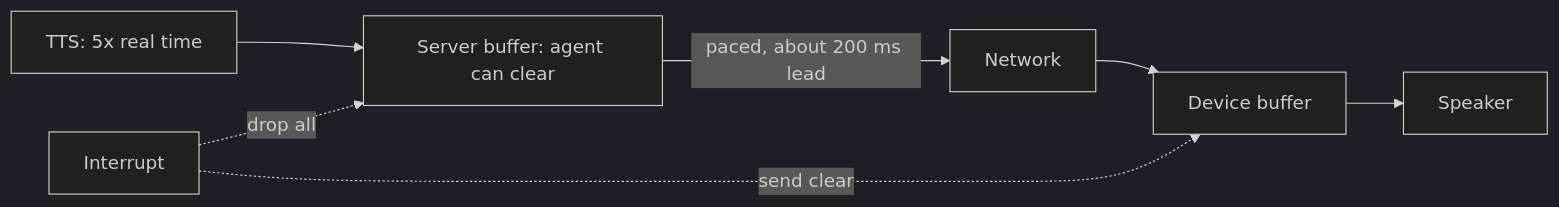
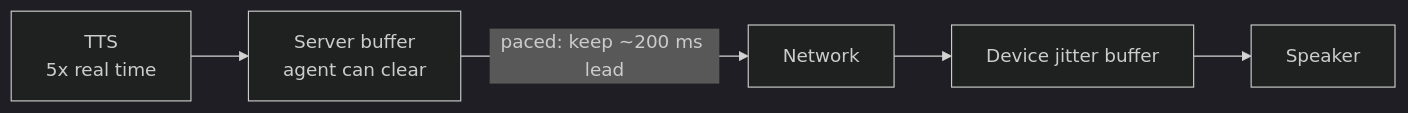
Before and after one commit to kaisarnajar/outcome-school-blogs: the diagram in notes/step-16-ai-infrastructure-deployment-and-system-design/203-tts-audio-buffering.md, drawn with Mermaid (dark theme). The commit also changed other lines of this file and 233 other files, not shown here.

````diff
--- a/notes/step-16-ai-infrastructure-deployment-and-system-design/203-tts-audio-buffering.md
+++ b/notes/step-16-ai-infrastructure-deployment-and-system-design/203-tts-audio-buffering.md
@@ -50,9 +45,7 @@
 ```mermaid
 flowchart LR
-    A["TTS: 5x real time"] --> B["Server buffer: agent can clear"]
-    B -->|"paced, about 200 ms lead"| C["Network"]
-    C --> D["Device buffer"]
-    D --> E["Speaker"]
-    F["Interrupt"] -.->|"drop all"| B
-    F -.->|"send clear"| D
+A1["TTS<br/>5x real time"] --> B1["Server buffer<br/>agent can clear"]
+B1 -->|"paced: keep ~200 ms lead"| C1["Network"]
+C1 --> D1["Device jitter buffer"]
+D1 --> E1["Speaker"]
 ```
````
